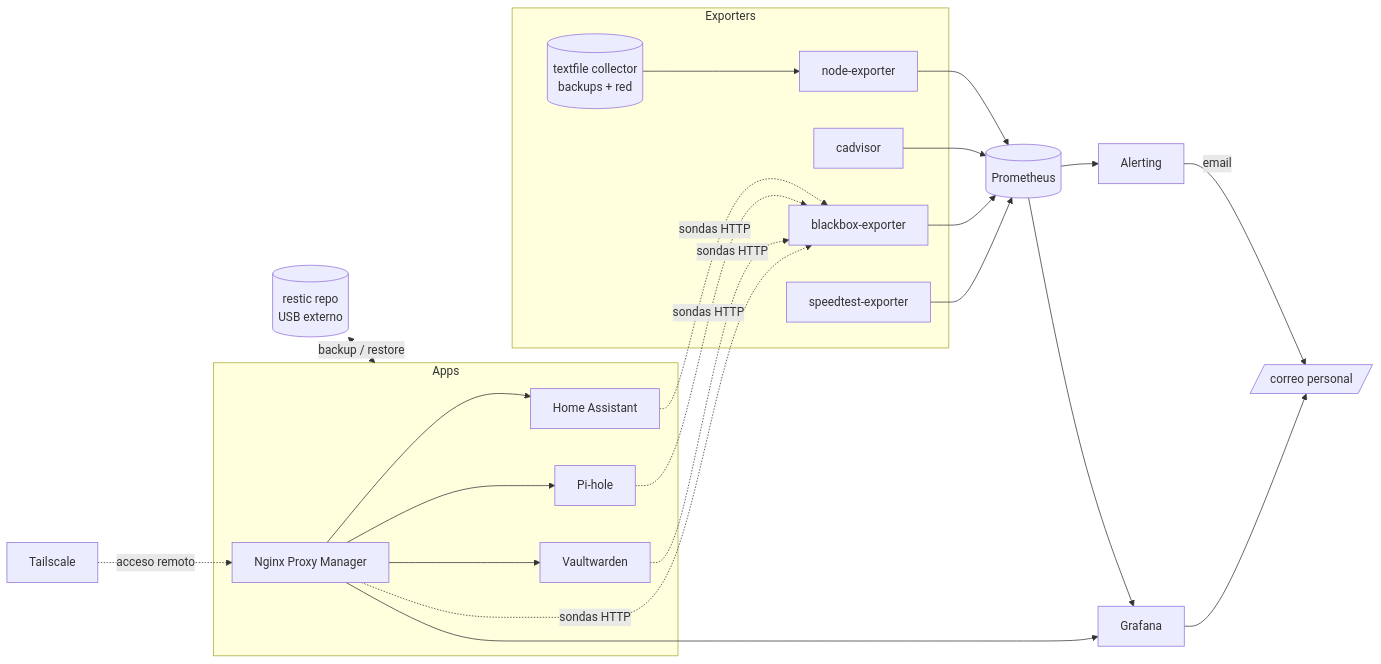
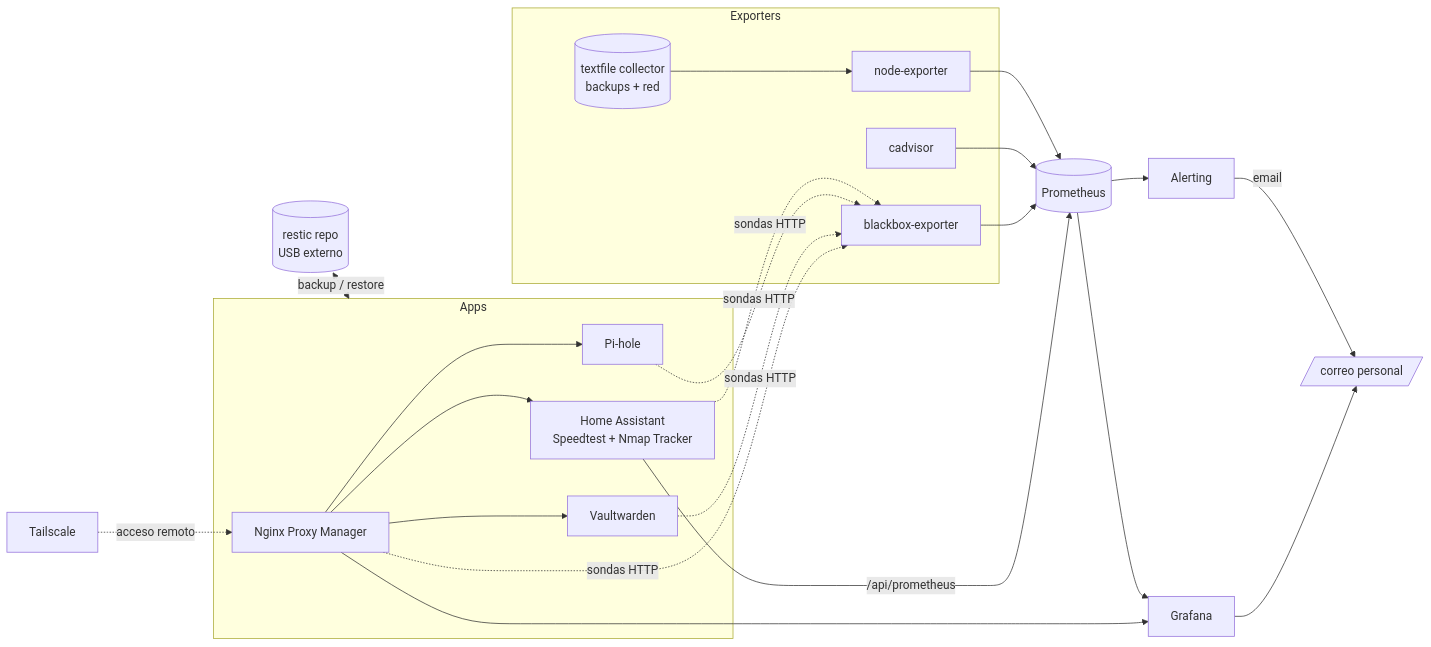
The diagram in README.md (Kike-Ramirez/home-server), drawn with Mermaid before and after one commit. The commit also changed other lines of this file and 7 other files, not shown here.

````diff
--- a/README.md
+++ b/README.md
@@ -46,34 +50,33 @@
 ```mermaid
 flowchart LR
     subgraph Exporters
         NE[node-exporter]
         CA[cadvisor]
         BB[blackbox-exporter]
-        ST[speedtest-exporter]
         TF[(textfile collector<br/>backups + red)]
     end
 
     subgraph Apps
-        HA[Home Assistant]
+        HA[Home Assistant<br/>Speedtest + Nmap Tracker]
         PI[Pi-hole]
         VW[Vaultwarden]
         NPM[Nginx Proxy Manager]
     end
 
     NE --> PR[(Prometheus)]
     CA --> PR
     BB --> PR
-    ST --> PR
+    HA -->|/api/prometheus| PR
     TF --> NE
     HA & PI & VW & NPM -. sondas HTTP .-> BB
 
     PR --> GF[Grafana]
     PR --> AL[Alerting]
     AL -->|email| MAIL[/correo personal/]
     GF --> MAIL
 
     TS[Tailscale] -. acceso remoto .-> NPM
     NPM --> HA & PI & VW & GF
 
     RESTIC[(restic repo<br/>USB externo)] <-. backup / restore .-> Apps
 ```
````
